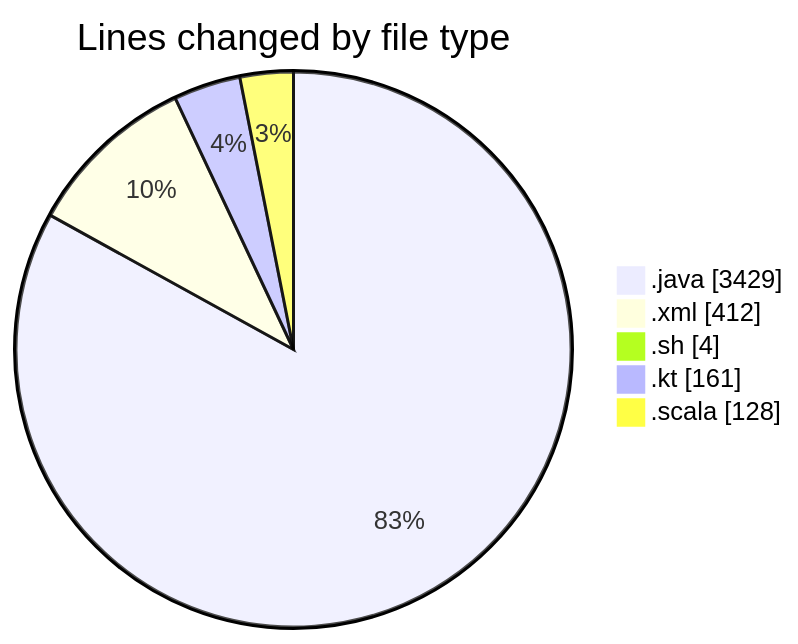
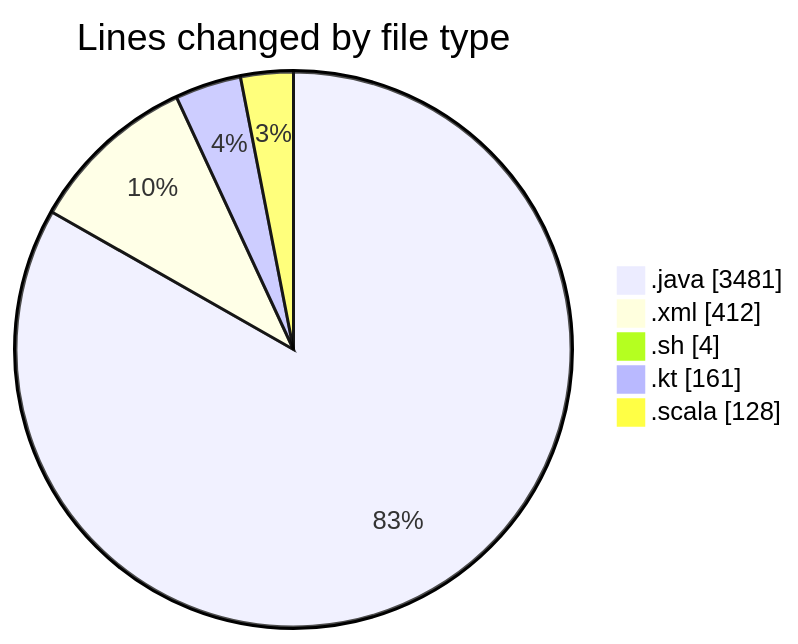
Before and after one commit to charlie-sans/code-tracking: the first of 2 diagrams in 2025-03-09/jmasm/README.md, drawn with Mermaid. The commit also changed other lines of this file and 1 other file, not shown here.

````diff
--- a/2025-03-09/jmasm/README.md
+++ b/2025-03-09/jmasm/README.md
@@ -34,9 +35,9 @@
 ```mermaid
 pie showData
 title Lines changed by file type
-".java" : 3429
+".java" : 3481
 ".xml" : 412
 ".sh" : 4
 ".kt" : 161
 ".scala" : 128
 ```
````
